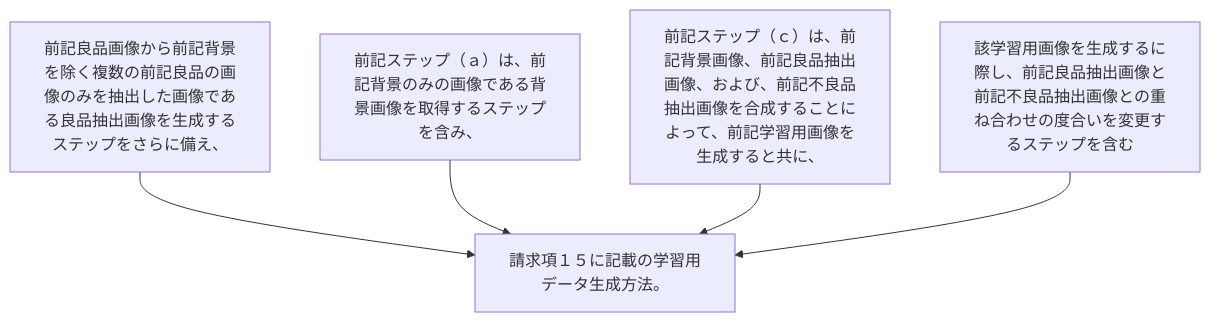
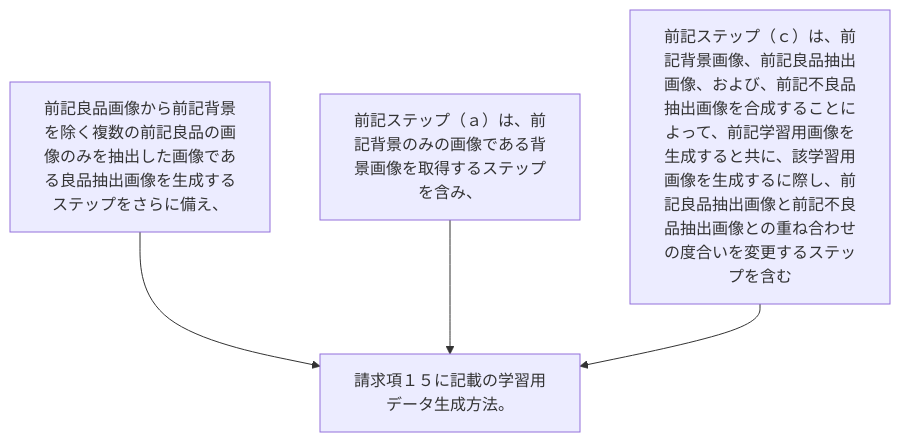
One commit to shinmori55/patent_analyzed changed the diagram in 2024/JP2024000284A/claim_17/README.md. Above: the diagram before and after it, drawn with Mermaid. The commit also changed 31 other files, not shown here.

````diff
--- a/2024/JP2024000284A/claim_17/README.md
+++ b/2024/JP2024000284A/claim_17/README.md
@@ -5,12 +5,10 @@
 ```mermaid
 flowchart TD
 A[前記良品画像から前記背景を除く複数の前記良品の画像のみを抽出した画像である良品抽出画像を生成するステップをさらに備え、]
 B[前記ステップ（ａ）は、前記背景のみの画像である背景画像を取得するステップを含み、]
-C[前記ステップ（ｃ）は、前記背景画像、前記良品抽出画像、および、前記不良品抽出画像を合成することによって、前記学習用画像を生成すると共に、]
-D[該学習用画像を生成するに際し、前記良品抽出画像と前記不良品抽出画像との重ね合わせの度合いを変更するステップを含む]
-E[請求項１５に記載の学習用データ生成方法。]
-A --> E
-B --> E
-C --> E
-D --> E
+C[前記ステップ（ｃ）は、前記背景画像、前記良品抽出画像、および、前記不良品抽出画像を合成することによって、前記学習用画像を生成すると共に、該学習用画像を生成するに際し、前記良品抽出画像と前記不良品抽出画像との重ね合わせの度合いを変更するステップを含む]
+D[請求項１５に記載の学習用データ生成方法。]
+A --> D
+B --> D
+C --> D
 ```
````
